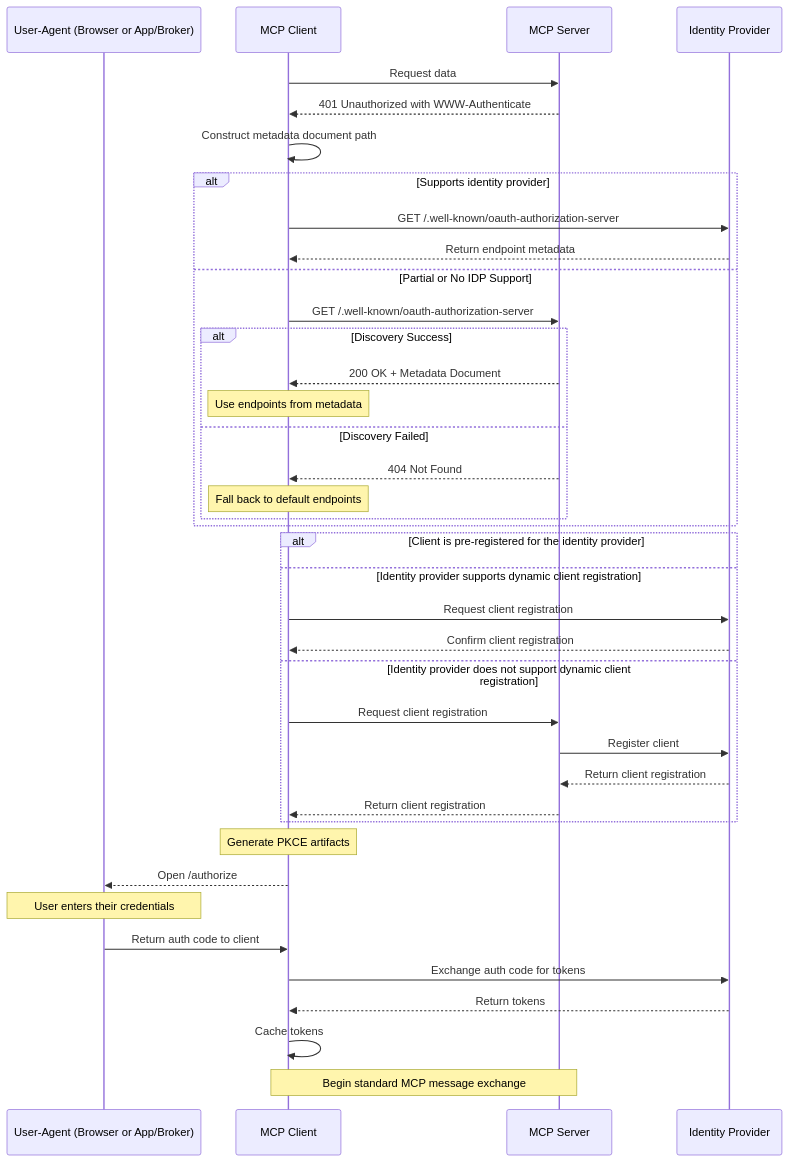
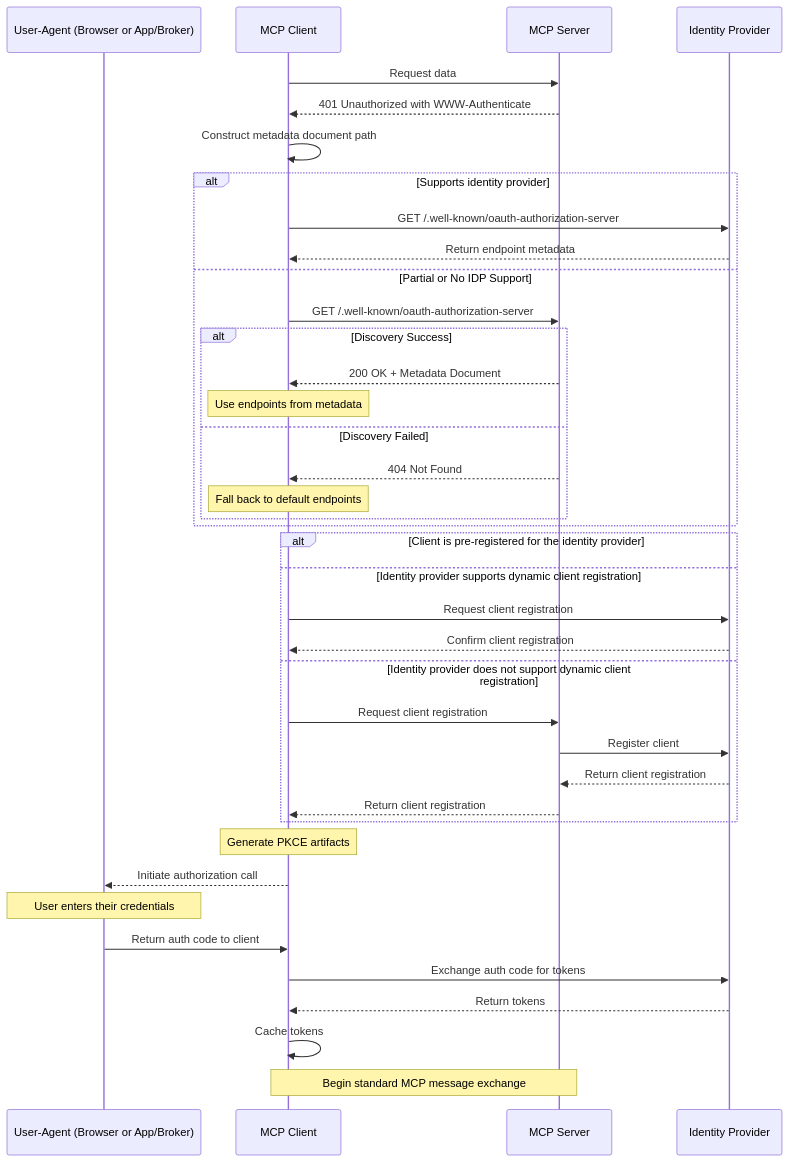
The fourth of 5 diagrams in docs/specification/2025-03-26/basic/authorization.md (pcarleton/specification), drawn with Mermaid before and after one commit.

````diff
--- a/docs/specification/2025-03-26/basic/authorization.md
+++ b/docs/specification/2025-03-26/basic/authorization.md
@@ -340,45 +340,45 @@
 ```mermaid
 sequenceDiagram
     participant UA as User-Agent (Browser or App/Broker)
     participant MC as MCP Client
     participant MS as MCP Server
     participant IDP as Identity Provider
 
     MC->>MS: Request data
     MS-->>MC: 401 Unauthorized with WWW-Authenticate
     MC->>MC: Construct metadata document path
 
     alt Supports identity provider
         MC->>IDP: GET /.well-known/oauth-authorization-server
         IDP-->>MC: Return endpoint metadata
     else Partial or No IDP Support
         MC->>MS: GET /.well-known/oauth-authorization-server
         alt Discovery Success
             MS-->>MC: 200 OK + Metadata Document
             Note over MC: Use endpoints from metadata
         else Discovery Failed
             MS-->>MC: 404 Not Found
             Note over MC: Fall back to default endpoints
         end
     end
 
     alt Client is pre-registered for the identity provider
     else Identity provider supports dynamic client registration
         MC->>IDP: Request client registration
         IDP-->>MC: Confirm client registration
     else Identity provider does not support dynamic client registration
         MC->>MS: Request client registration
         MS->>IDP: Register client
         IDP-->>MS: Return client registration
         MS-->>MC: Return client registration
     end
 
     Note over MC: Generate PKCE artifacts
-    MC-->>UA: Open /authorize
+    MC-->>UA: Initiate authorization call
     Note over UA: User enters their credentials
     UA->>MC: Return auth code to client
     MC->>IDP: Exchange auth code for tokens
     IDP-->>MC: Return tokens
     MC->>MC: Cache tokens
     Note over MC, MS: Begin standard MCP message exchange
 ```
````
